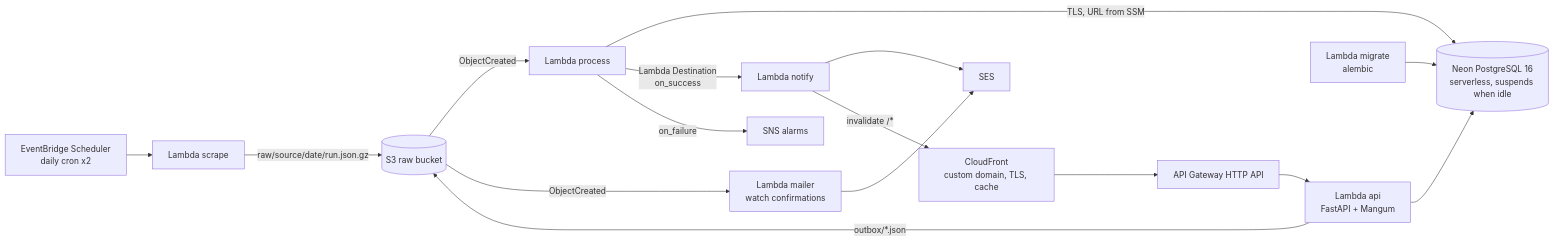
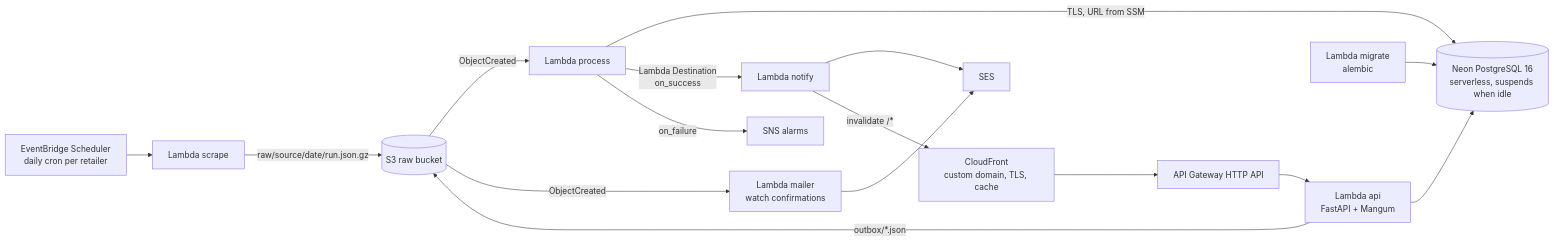
The diagram in README.md (HoangMNguyen/pricepulse), drawn with Mermaid before and after one commit. The commit also changed other lines of this file and 74 other files, not shown here.

````diff
--- a/README.md
+++ b/README.md
@@ -15,16 +66,16 @@
 ```mermaid
 flowchart LR
-  EB[EventBridge Scheduler<br/>daily cron x2] --> SCR[Lambda scrape]
+  EB[EventBridge Scheduler<br/>daily cron per retailer] --> SCR[Lambda scrape]
   SCR -->|raw/source/date/run.json.gz| S3[(S3 raw bucket)]
   S3 -->|ObjectCreated| PROC[Lambda process]
   PROC -->|TLS, URL from SSM| DB[(Neon PostgreSQL 16<br/>serverless, suspends when idle)]
   PROC -->|Lambda Destination<br/>on_success| NOTI[Lambda notify]
   NOTI --> SES[SES]
   PROC -->|on_failure| SNS[SNS alarms]
   CF[CloudFront<br/>custom domain, TLS, cache] --> APIGW[API Gateway HTTP API] --> API[Lambda api<br/>FastAPI + Mangum]
   API --> DB
   API -->|outbox/*.json| S3
   S3 -->|ObjectCreated| MAIL[Lambda mailer<br/>watch confirmations] --> SES
   NOTI -->|invalidate /*| CF
   MIG[Lambda migrate<br/>alembic] --> DB
 ```
````
